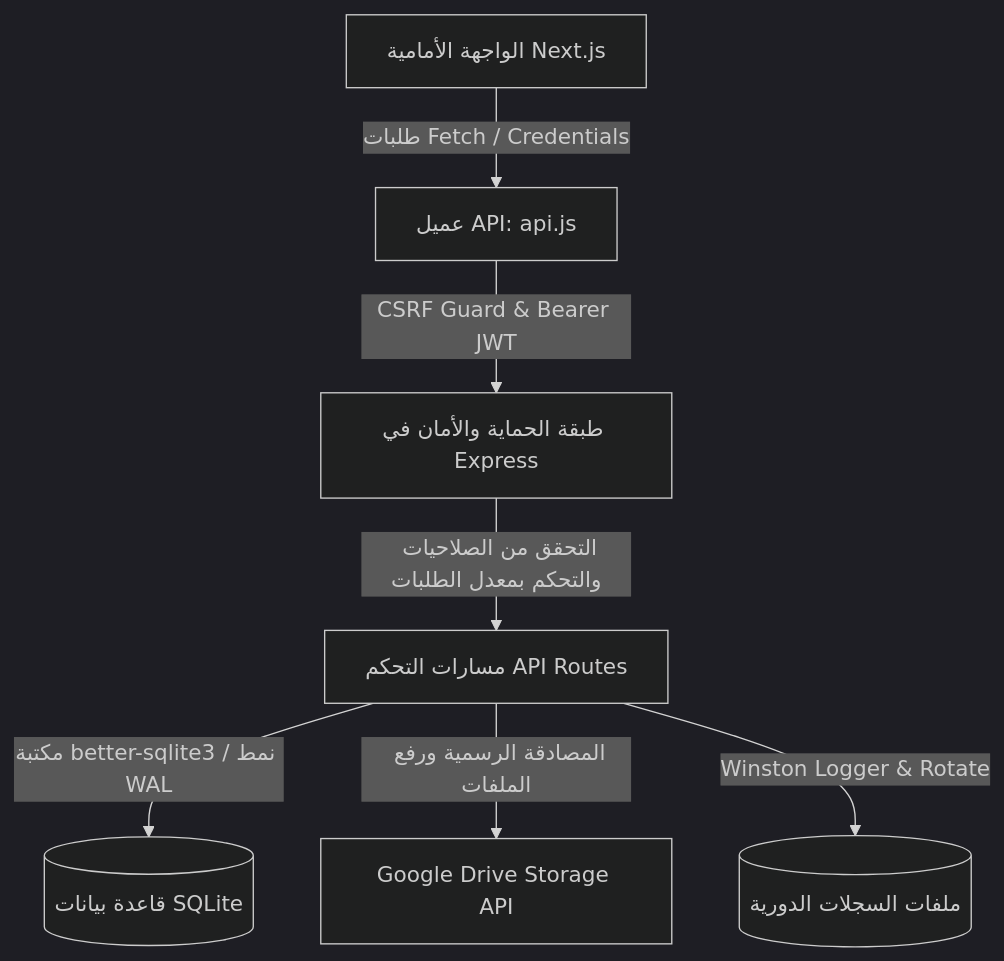
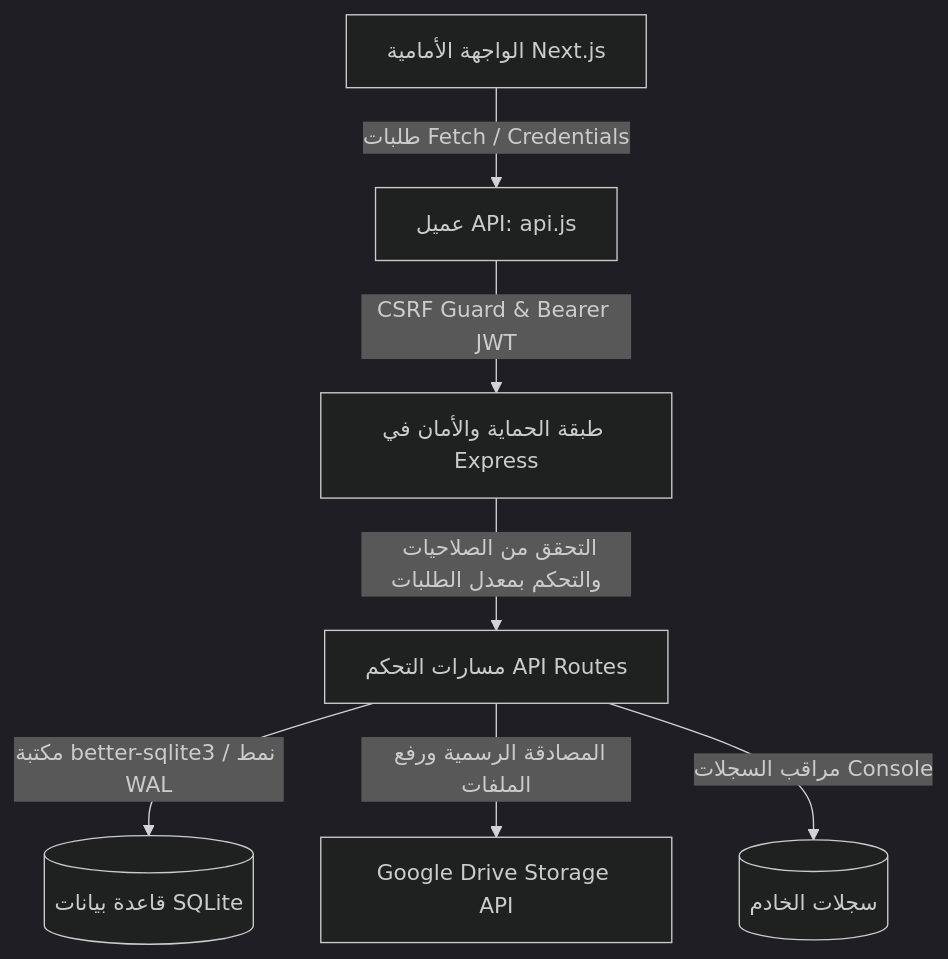
The diagram in README.md (mentalvisionco/-), drawn with Mermaid (dark theme) before and after one commit. The commit also changed other lines of this file and 12 other files, not shown here.

````diff
--- a/README.md
+++ b/README.md
@@ -11,9 +11,9 @@
 ```mermaid
 graph TD
     Client[الواجهة الأمامية Next.js] -->|طلبات Fetch / Credentials| APILayer[عميل API: api.js]
     APILayer -->|CSRF Guard & Bearer JWT| SecurityMiddlewares[طبقة الحماية والأمان في Express]
     SecurityMiddlewares -->|التحقق من الصلاحيات والتحكم بمعدل الطلبات| Routes[مسارات التحكم API Routes]
     Routes -->|مكتبة better-sqlite3 / نمط WAL| Database[(قاعدة بيانات SQLite)]
     Routes -->|المصادقة الرسمية ورفع الملفات| GoogleDrive[Google Drive Storage API]
-    Routes -->|Winston Logger & Rotate| Logs[(ملفات السجلات الدورية)]
+    Routes -->|مراقب السجلات Console| Logs[(سجلات الخادم)]
 ```
````
